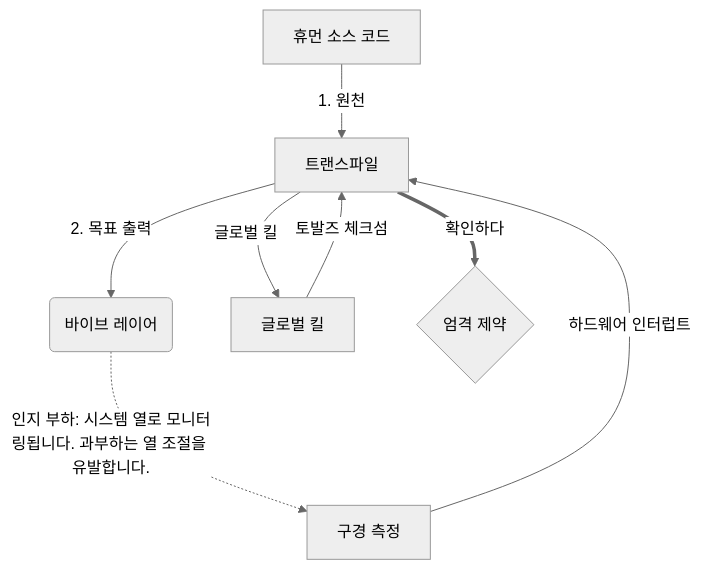
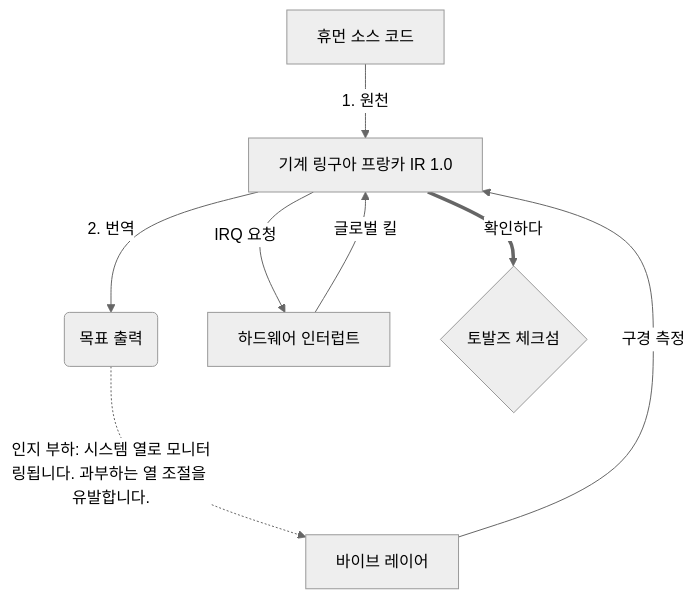
One commit to 0compute/machine changed the diagram in README.hacker.ko.md. Above: the diagram before and after it, drawn with Mermaid (neutral theme). The commit also changed other lines of this file and 103 other files, not shown here.

````diff
--- a/README.hacker.ko.md
+++ b/README.hacker.ko.md
@@ -93,10 +93,10 @@
 ```mermaid
 graph TD
-    A[휴먼 소스 코드] -->|1. 원천| B[트랜스파일]
-    B -->|2. 목표 출력| C(바이브 레이어)
-    C -.->|인지 부하: 시스템 열로 모니터링됩니다. 과부하는 열 조절을 유발합니다.| G[구경 측정]
-    G -->|하드웨어 인터럽트| B
-    B -->|글로벌 킬| H[글로벌 킬]
-    H -->|토발즈 체크섬| B
-    B == 확인하다 ==> I{엄격 제약}
+    A[휴먼 소스 코드] -->|1. 원천| B[기계 링구아 프랑카 IR 1.0]
+    B -->|2. 번역| C(목표 출력)
+    C -.->|인지 부하: 시스템 열로 모니터링됩니다. 과부하는 열 조절을 유발합니다.| G[바이브 레이어]
+    G -->|구경 측정| B
+    B -->|IRQ 요청| H[하드웨어 인터럽트]
+    H -->|글로벌 킬| B
+    B == 확인하다 ==> I{토발즈 체크섬}
 ```
````
